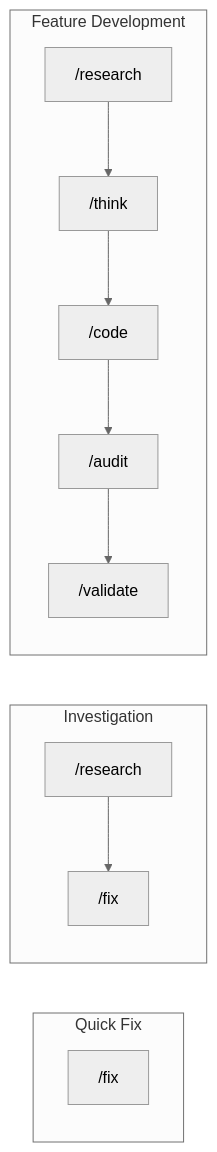
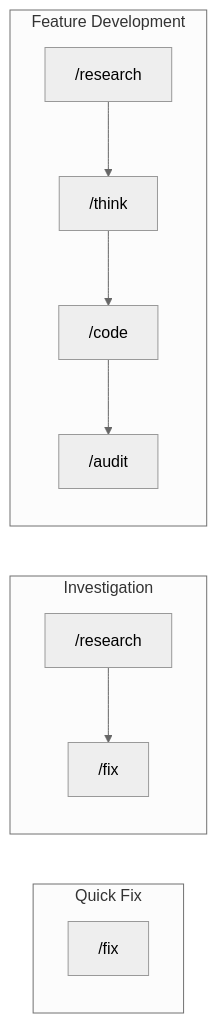
Before and after one commit to thkt/dotclaude: the second of 2 diagrams in .ja/docs/DESIGN.md, drawn with Mermaid (neutral theme). The commit also changed other lines of this file and 207 other files, not shown here.

````diff
--- a/.ja/docs/DESIGN.md
+++ b/.ja/docs/DESIGN.md
@@ -145,12 +131,12 @@
 ```mermaid
 flowchart LR
     subgraph Quick["Quick Fix"]
         F["/fix"]
     end
     subgraph Investigate["Investigation"]
         R1["/research"] --> F2["/fix"]
     end
     subgraph Feature["Feature Development"]
-        R2["/research"] --> T["/think"] --> C["/code"] --> A["/audit"] --> V["/validate"]
+        R2["/research"] --> T["/think"] --> C["/code"] --> A["/audit"]
     end
 ```
````
